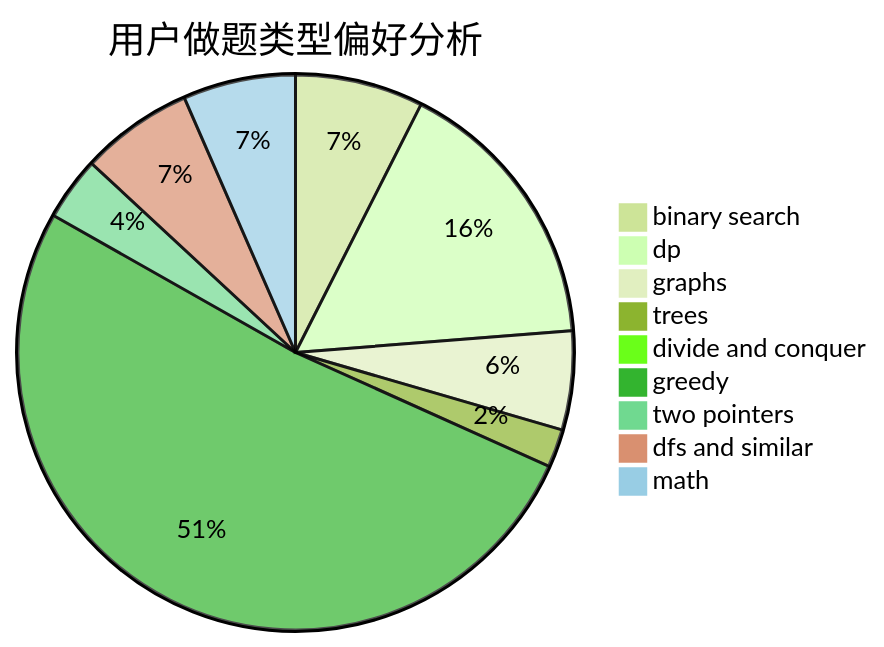
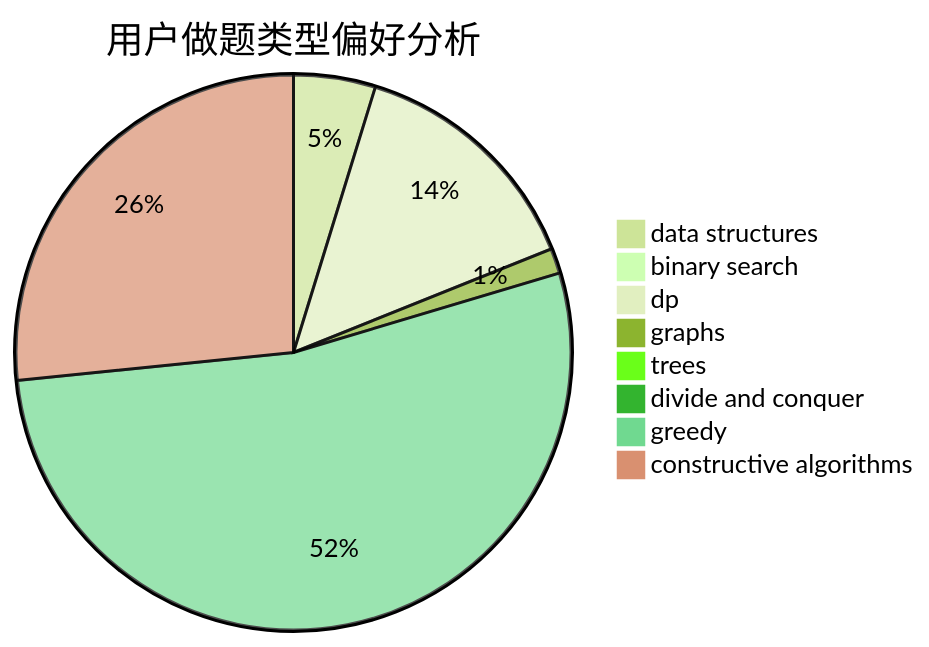
Before and after one commit to sherpahu/cfrs.github.io: the second of 3 diagrams in docs/user/u2636.md, drawn with Mermaid (forest theme). The commit also changed other lines of this file and 2775 other files, not shown here.

````diff
--- a/docs/user/u2636.md
+++ b/docs/user/u2636.md
@@ -23,12 +23,11 @@
 ```mermaid
 pie title 用户做题类型偏好分析
-    "binary search" :  131
-    "dp" :  286
-    "graphs" :  101
-    "trees" :  39
+    "data structures" :  75
+    "binary search" :  13
+    "dp" :  223
+    "graphs" :  23
+    "trees" :  13
     "divide and conquer" :  1
-    "greedy" :  904
-    "two pointers" :  65
-    "dfs and similar" :  115
-    "math" :  115
+    "greedy" :  835
+    "constructive algorithms" :  419
 ```
````
